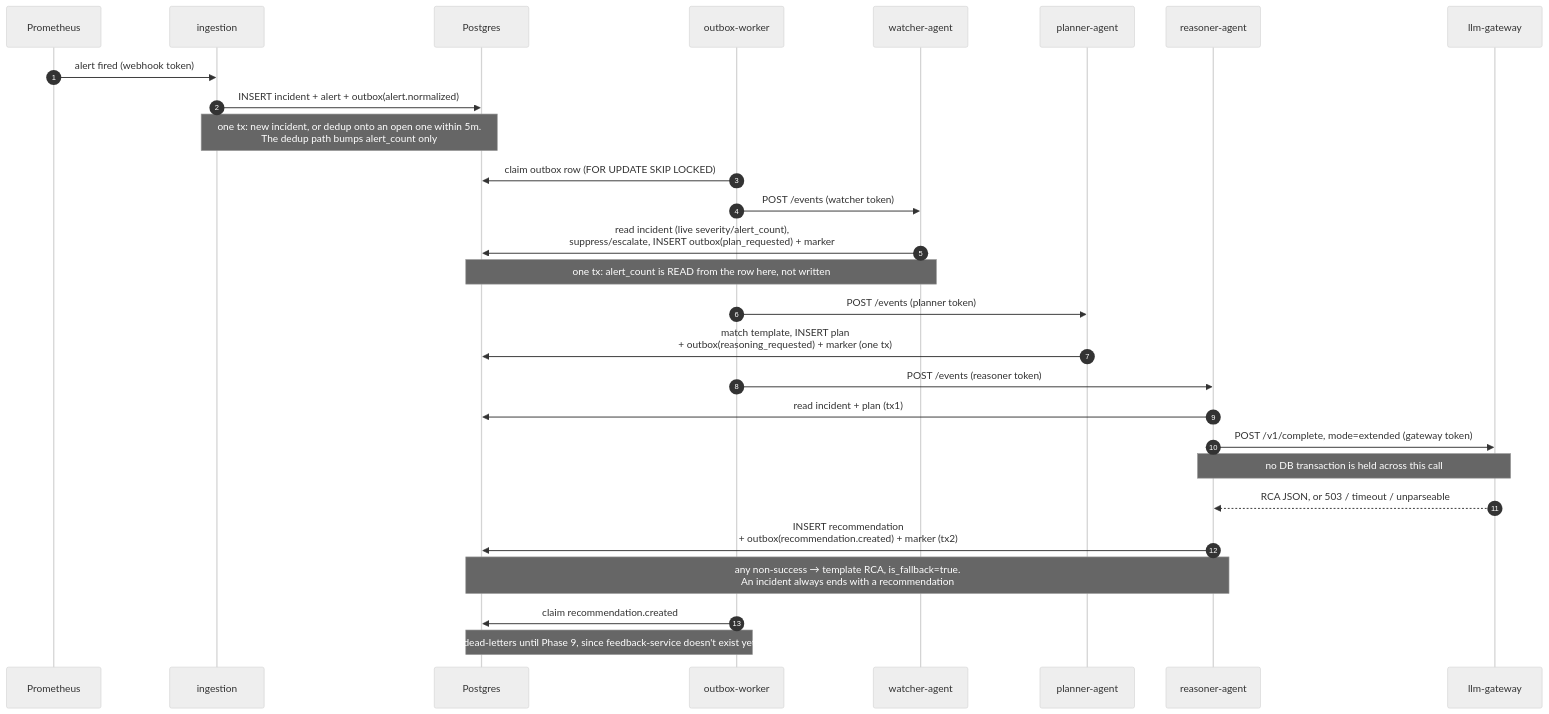
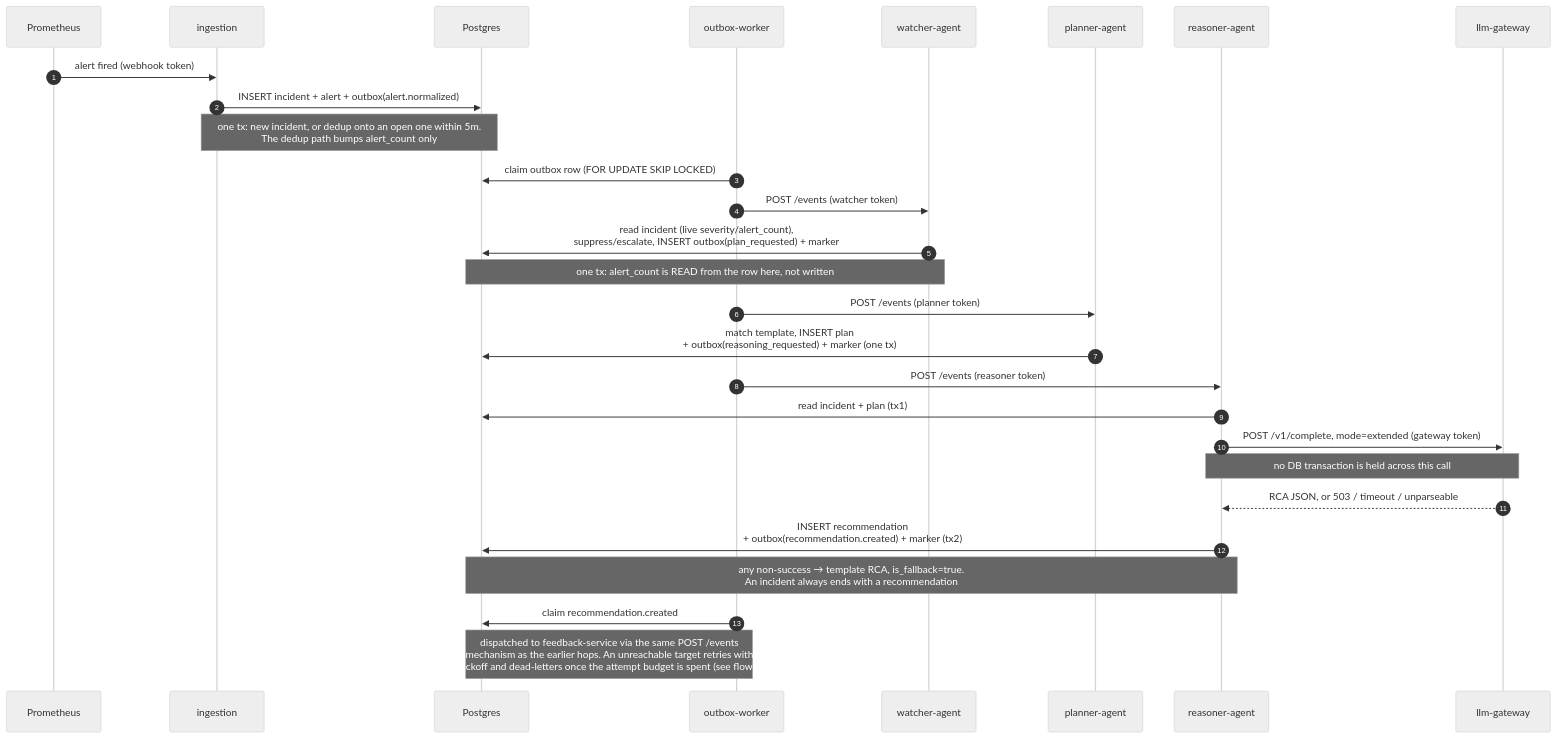
Before and after one commit to k-kohli10/radar-system: the second of 6 diagrams in docs/architecture/sequence-flows.md, drawn with Mermaid (neutral theme). The commit also changed other lines of this file and 3 other files, not shown here.

Commit message:
fix(docs): correct architecture diagrams, drop internal phase refs, fix pipeline accuracy and a render-breaking note

````diff
--- a/docs/architecture/sequence-flows.md
+++ b/docs/architecture/sequence-flows.md
@@ -73,35 +73,35 @@
 ```mermaid
 sequenceDiagram
     autonumber
     participant Prometheus
     participant ingestion
     participant Postgres
     participant outbox as outbox-worker
     participant watcher as watcher-agent
     participant planner as planner-agent
     participant reasoner as reasoner-agent
     participant llm as llm-gateway
 
     Prometheus->>ingestion: alert fired (webhook token)
     ingestion->>Postgres: INSERT incident + alert + outbox(alert.normalized)
     Note over ingestion,Postgres: one tx: new incident, or dedup onto an open one within 5m.<br/>The dedup path bumps alert_count only
 
     outbox->>Postgres: claim outbox row (FOR UPDATE SKIP LOCKED)
     outbox->>watcher: POST /events (watcher token)
     watcher->>Postgres: read incident (live severity/alert_count),<br/>suppress/escalate, INSERT outbox(plan_requested) + marker
     Note over watcher,Postgres: one tx: alert_count is READ from the row here, not written
 
     outbox->>planner: POST /events (planner token)
     planner->>Postgres: match template, INSERT plan<br/>+ outbox(reasoning_requested) + marker (one tx)
 
     outbox->>reasoner: POST /events (reasoner token)
     reasoner->>Postgres: read incident + plan (tx1)
     reasoner->>llm: POST /v1/complete, mode=extended (gateway token)
     Note over reasoner,llm: no DB transaction is held across this call
     llm-->>reasoner: RCA JSON, or 503 / timeout / unparseable
     reasoner->>Postgres: INSERT recommendation<br/>+ outbox(recommendation.created) + marker (tx2)
     Note over reasoner,Postgres: any non-success → template RCA, is_fallback=true.<br/>An incident always ends with a recommendation
 
     outbox->>Postgres: claim recommendation.created
-    Note over outbox,Postgres: dead-letters until Phase 9, since feedback-service doesn't exist yet
+    Note over outbox,Postgres: dispatched to feedback-service via the same POST /events<br/>mechanism as the earlier hops. An unreachable target retries with<br/>backoff and dead-letters once the attempt budget is spent (see flow 6)
 ```
````
